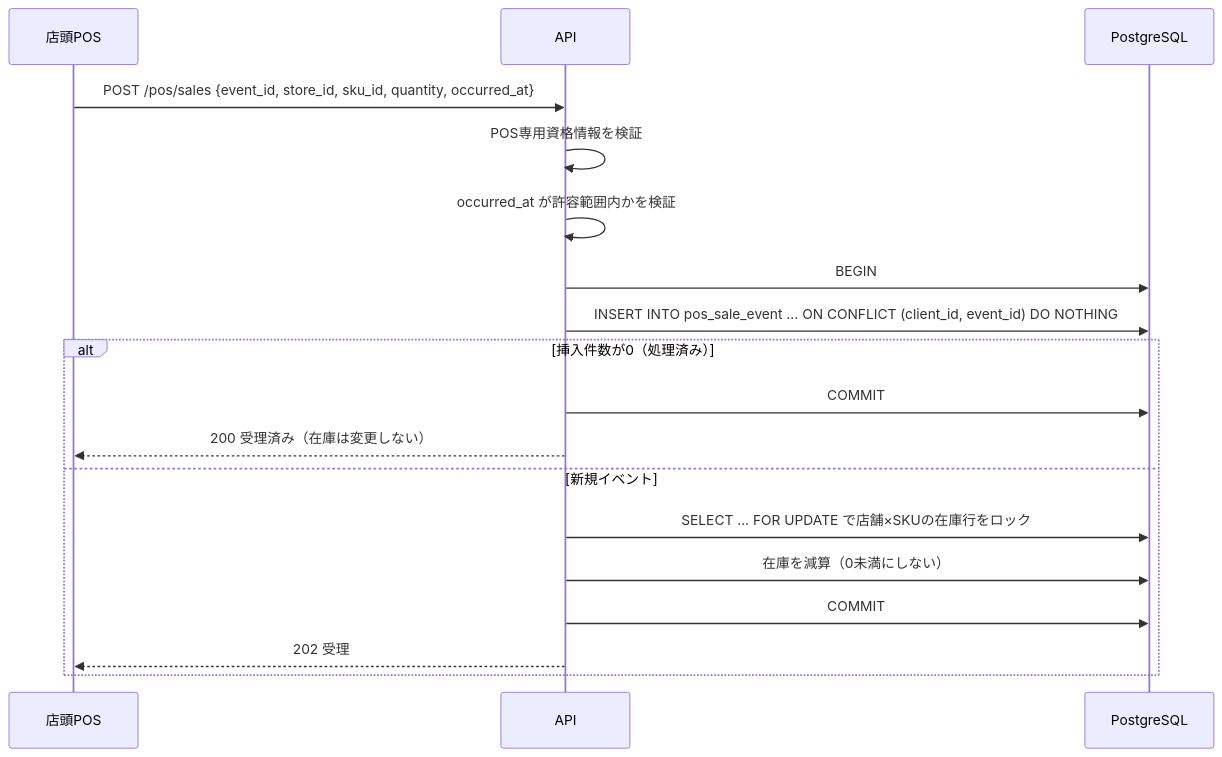
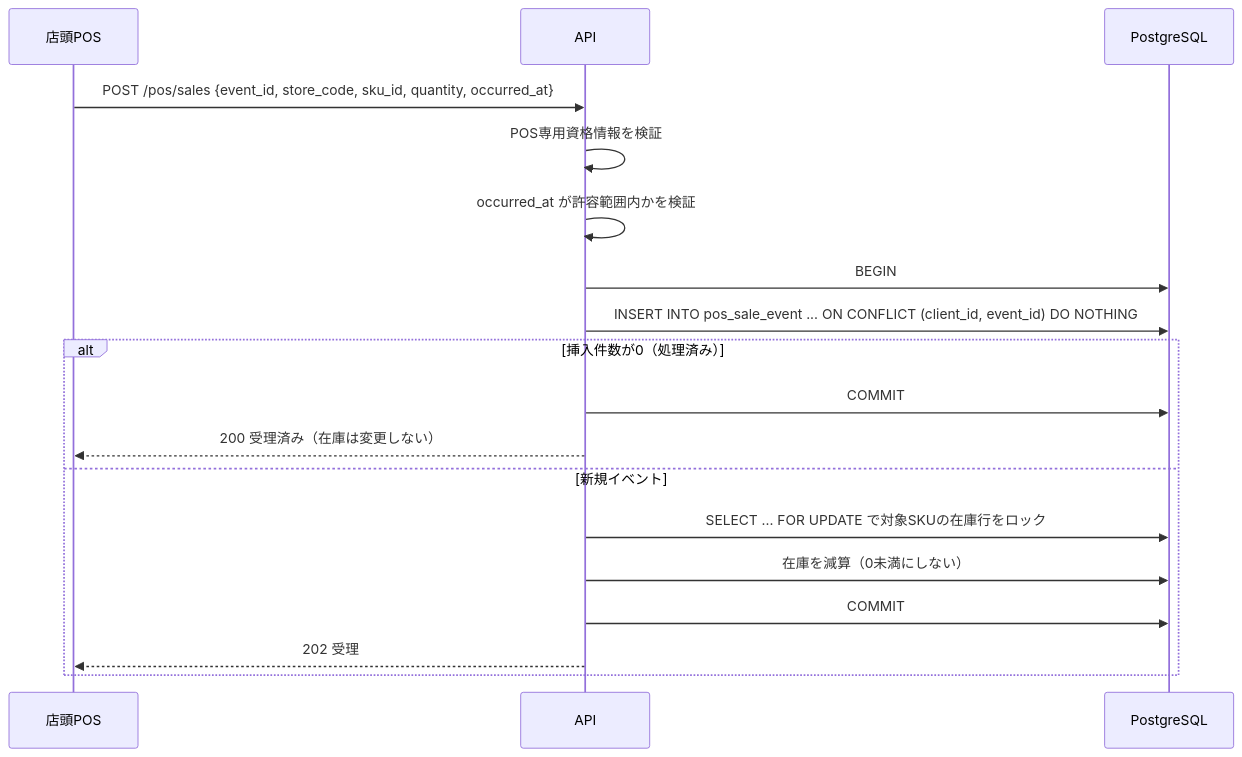
One commit to Nagaoka122/tech0-lv3-ec changed the seventh of 11 diagrams in 設計仕様書.md. Above: the diagram before and after it, drawn with Mermaid. The commit also changed other lines of this file and 3 other files, not shown here.

````diff
--- a/設計仕様書.md
+++ b/設計仕様書.md
@@ -182,21 +239,21 @@
 ```mermaid
 sequenceDiagram
     participant P as 店頭POS
     participant A as API
     participant D as PostgreSQL
 
-    P->>A: POST /pos/sales {event_id, store_id, sku_id, quantity, occurred_at}
+    P->>A: POST /pos/sales {event_id, store_code, sku_id, quantity, occurred_at}
     A->>A: POS専用資格情報を検証
     A->>A: occurred_at が許容範囲内かを検証
     A->>D: BEGIN
     A->>D: INSERT INTO pos_sale_event ... ON CONFLICT (client_id, event_id) DO NOTHING
     alt 挿入件数が0（処理済み）
         A->>D: COMMIT
         A-->>P: 200 受理済み（在庫は変更しない）
     else 新規イベント
-        A->>D: SELECT ... FOR UPDATE で店舗×SKUの在庫行をロック
+        A->>D: SELECT ... FOR UPDATE で対象SKUの在庫行をロック
         A->>D: 在庫を減算（0未満にしない）
         A->>D: COMMIT
         A-->>P: 202 受理
     end
 ```
````
